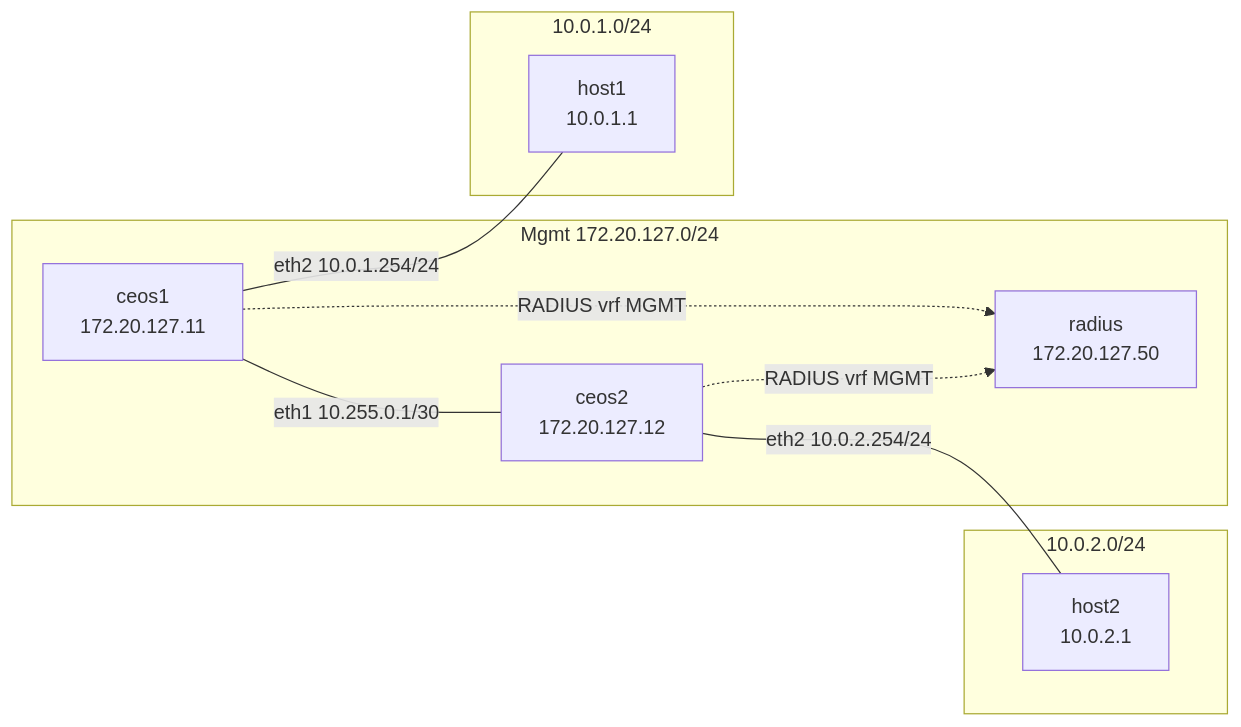
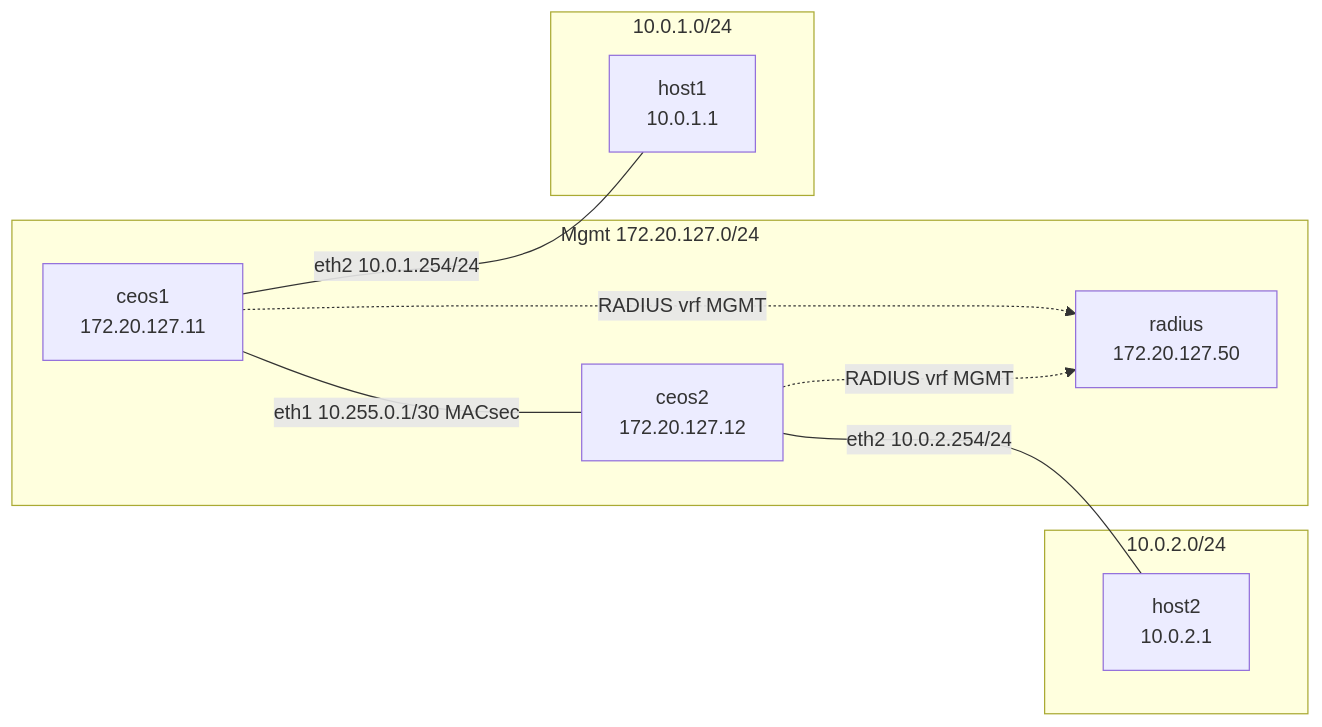
Before and after one commit to fhibler/arista-quantum-safe: the diagram in README.md, drawn with Mermaid. The commit also changed other lines of this file and 5 other files, not shown here.

````diff
--- a/README.md
+++ b/README.md
@@ -130,22 +131,22 @@
 ```mermaid
 flowchart LR
   subgraph mgmt["Mgmt 172.20.127.0/24"]
     ceos1["ceos1<br/>172.20.127.11"]
     ceos2["ceos2<br/>172.20.127.12"]
     radius["radius<br/>172.20.127.50"]
   end
 
   subgraph data1["10.0.1.0/24"]
     h1["host1<br/>10.0.1.1"]
   end
 
   subgraph data2["10.0.2.0/24"]
     h2["host2<br/>10.0.2.1"]
   end
 
-  ceos1 ---|"eth1 10.255.0.1/30"| ceos2
+  ceos1 ---|"eth1 10.255.0.1/30 MACsec"| ceos2
   ceos1 ---|"eth2 10.0.1.254/24"| h1
   ceos2 ---|"eth2 10.0.2.254/24"| h2
   ceos1 -.->|"RADIUS vrf MGMT"| radius
   ceos2 -.->|"RADIUS vrf MGMT"| radius
 ```
````
